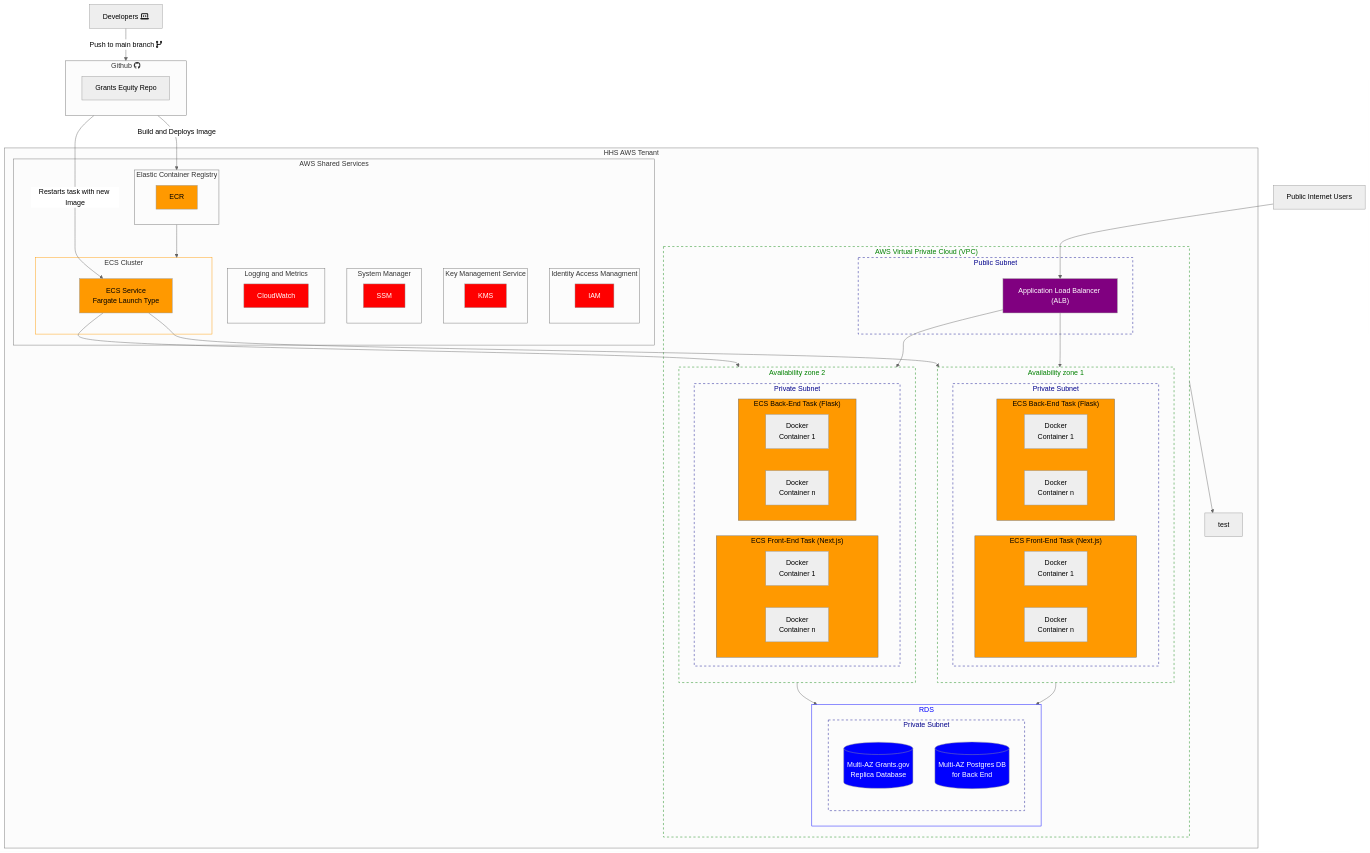
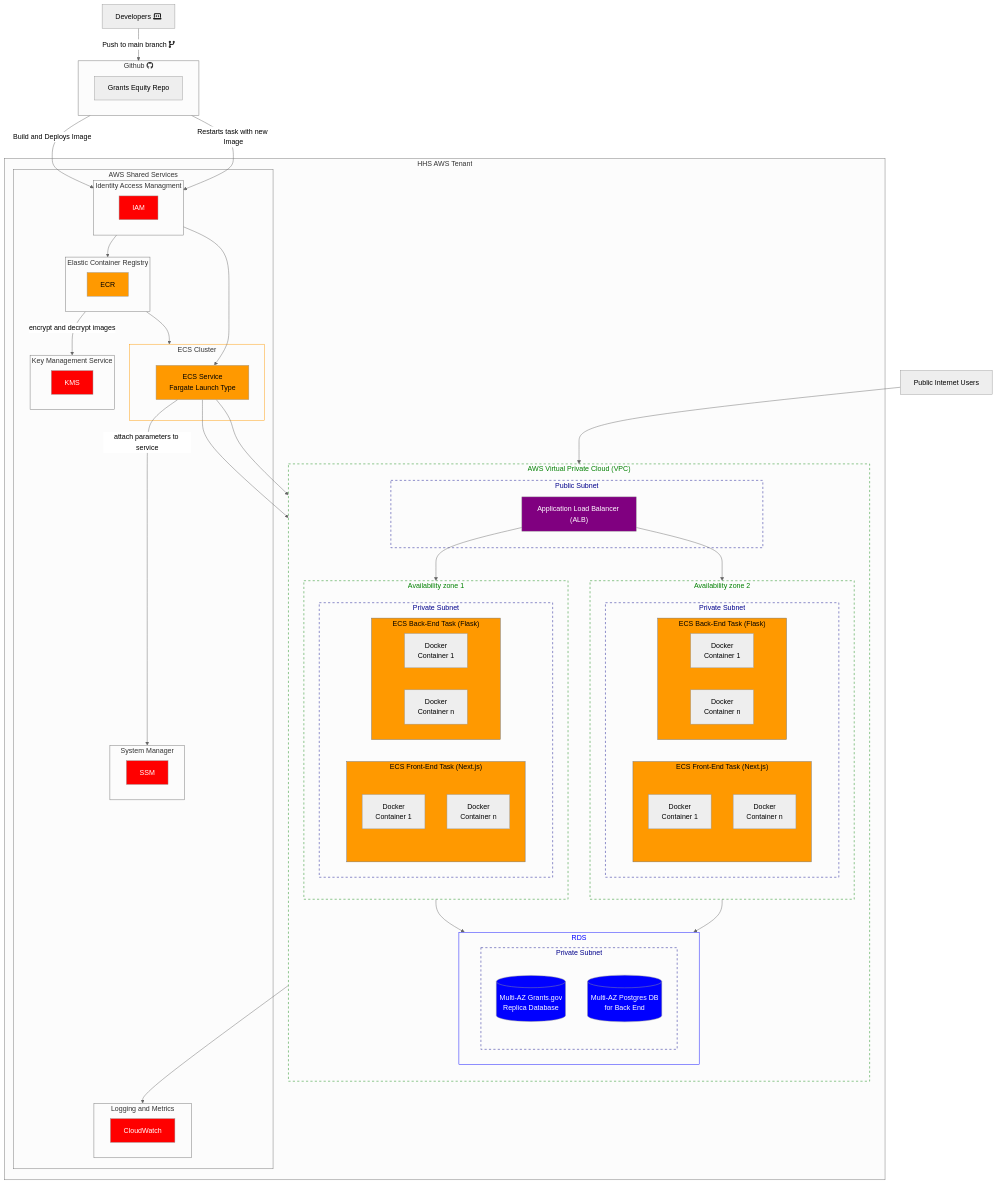
The first of 3 diagrams in documentation/architecture/README.md (HHS/simpler-grants-gov), drawn with Mermaid before and after one commit.

Commit message:
forgot to save at the end

```diff
--- a/documentation/architecture/README.md
+++ b/documentation/architecture/README.md
@@ -15,7 +15,6 @@
     subgraph AWS [HHS AWS Tenant]
         shared
         vpc:::az
-        vpc --> test
     end
 
     %% AWS Shared Services
@@ -52,16 +51,21 @@
         ECSS["ECS Service
         Fargate Launch Type"]:::ecs
     end
+    ECSS --attach parameters to service--> ssm
+    ecr --encrypt and decrypt images--> kms
     style ECSC stroke:#FF9900
 
     %% AWS Services Within VPC
     subgraph vpc ["AWS Virtual Private Cloud (VPC)"]
-        AZ1:::az
-        AZ2:::az
+        direction TB
         public-subnet1:::subnet
         RDS
         AZ1 & AZ2 --> RDS
     end
+
+    class AZ1 az
+    class AZ2 az
+    vpc --> cloudwatch
 
     subgraph public-subnet1 [Public Subnet]
         ALB["Application Load Balancer (ALB)"]:::lb --> AZ1 & AZ2
@@ -131,8 +135,8 @@
         repo[Grants Equity Repo]
         click repo href "https://github.com/HHS/grants-equity" _blank
     end
-    GH --Build and Deploys Image--> ecr
-    GH --Restarts task with new Image--> ECSS
+    GH --Build and Deploys Image--> iam --> ecr
+    GH --Restarts task with new Image--> iam --> ECSS
 
 
     %% Styles
```
